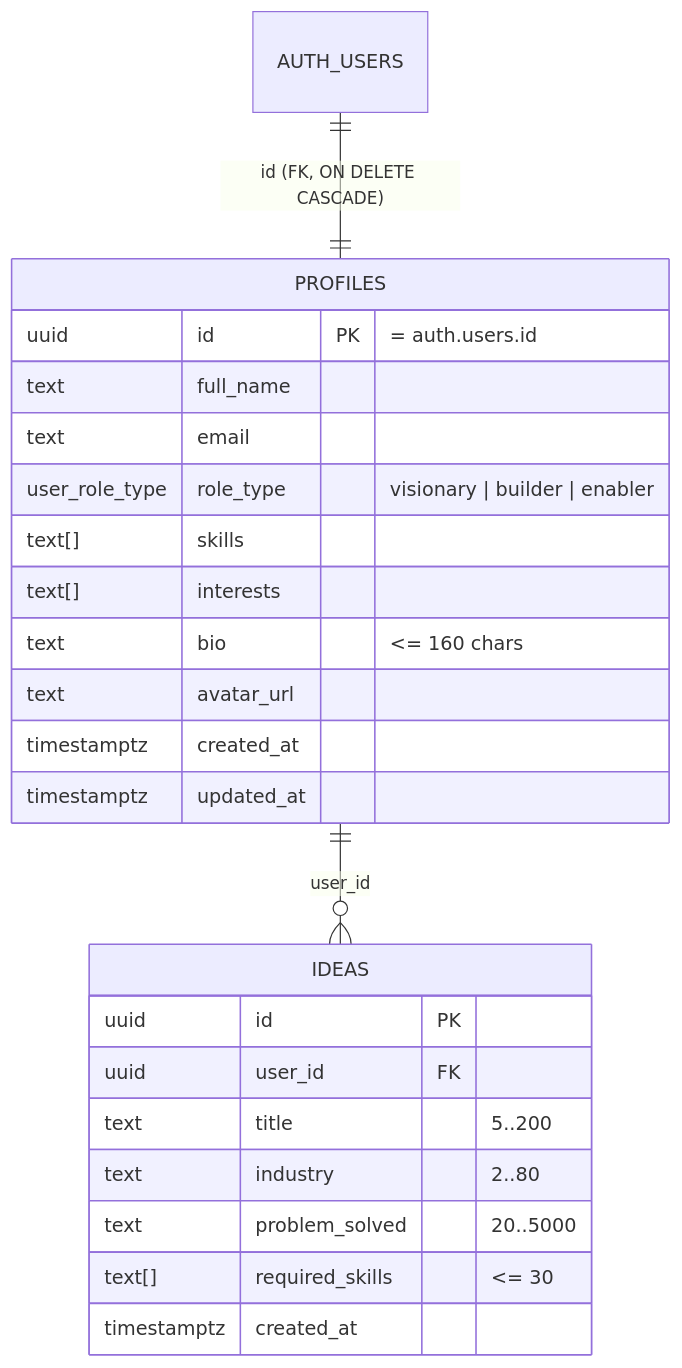
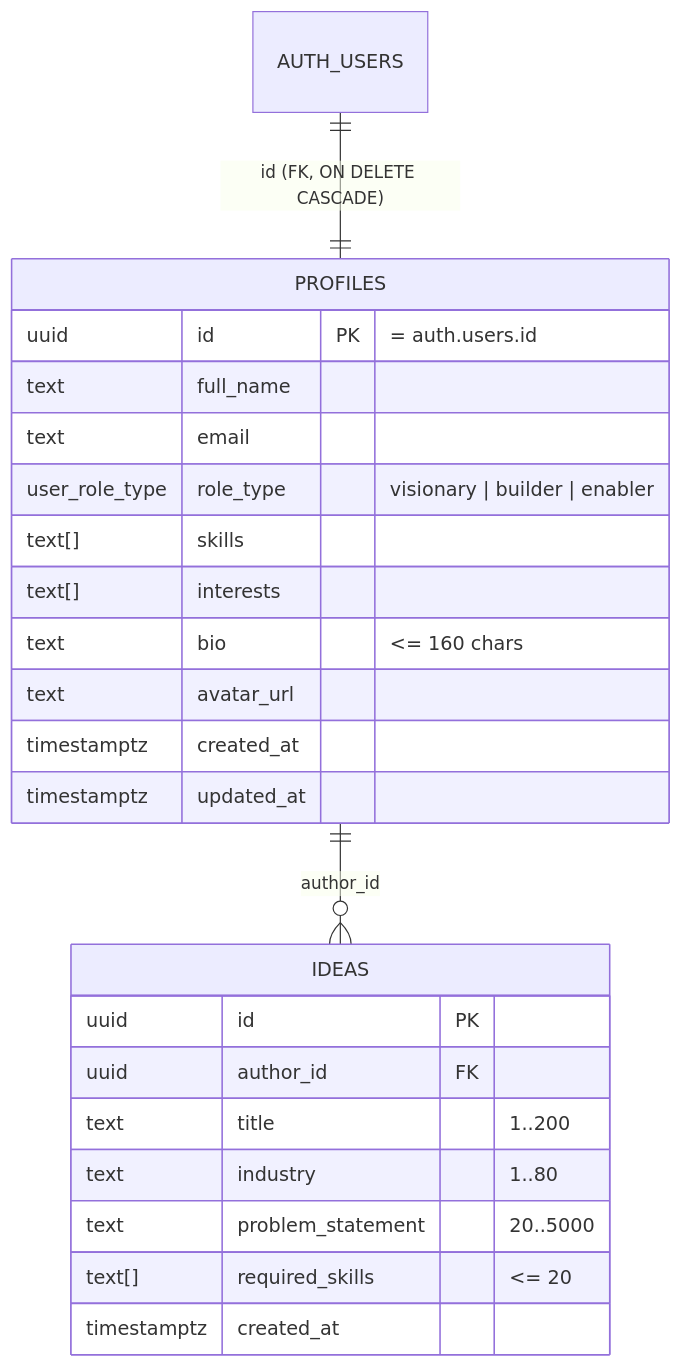
The second of 7 diagrams in docs/ARCHITECTURE.md (YASLOGIST/urlf-up), drawn with Mermaid before and after one commit. The commit also changed other lines of this file and 14 other files, not shown here.

Commit message:
Upgrade schema-aligned Nexus matching

````diff
--- a/docs/ARCHITECTURE.md
+++ b/docs/ARCHITECTURE.md
@@ -135,26 +135,26 @@
 ```mermaid
 erDiagram
     AUTH_USERS ||--|| PROFILES : "id (FK, ON DELETE CASCADE)"
-    PROFILES ||--o{ IDEAS : "user_id"
+    PROFILES ||--o{ IDEAS : "author_id"
     PROFILES {
         uuid    id PK "= auth.users.id"
         text    full_name
         text    email
         user_role_type role_type "visionary | builder | enabler"
         text[]  skills
         text[]  interests
         text    bio "<= 160 chars"
         text    avatar_url
         timestamptz created_at
         timestamptz updated_at
     }
     IDEAS {
         uuid    id PK
-        uuid    user_id FK
-        text    title "5..200"
-        text    industry "2..80"
-        text    problem_solved "20..5000"
-        text[]  required_skills "<= 30"
+        uuid    author_id FK
+        text    title "1..200"
+        text    industry "1..80"
+        text    problem_statement "20..5000"
+        text[]  required_skills "<= 20"
         timestamptz created_at
     }
 ```
````
